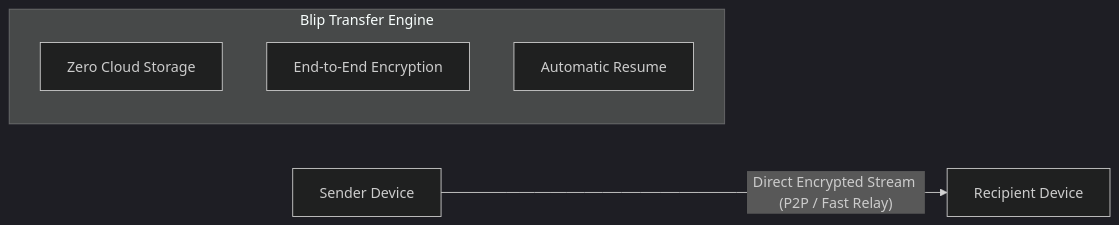
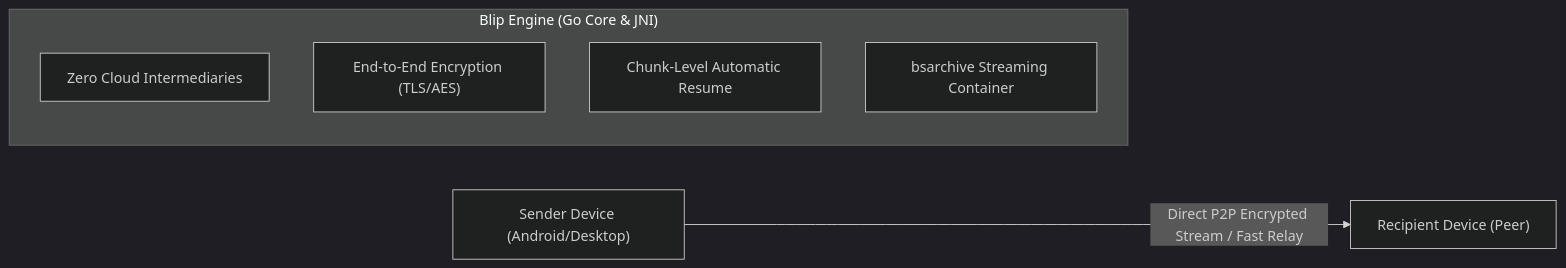
Before and after one commit to smartworldarafath/Blip: the diagram in README.md, drawn with Mermaid (dark theme). The commit also changed other lines of this file, not shown here.

Commit message:
docs: elaborate app features, functions, and architecture in README

````diff
--- a/README.md
+++ b/README.md
@@ -42,9 +30,10 @@
 ```mermaid
 flowchart LR
-    A[Sender Device] -- "Direct Encrypted Stream (P2P / Fast Relay)" --> B[Recipient Device]
-    subgraph "Blip Transfer Engine"
-        C[Zero Cloud Storage]
-        D[End-to-End Encryption]
-        E[Automatic Resume]
+    A["Sender Device (Android/Desktop)"] -- "Direct P2P Encrypted Stream / Fast Relay" --> B["Recipient Device (Peer)"]
+    subgraph "Blip Engine (Go Core & JNI)"
+        C["Zero Cloud Intermediaries"]
+        D["End-to-End Encryption (TLS/AES)"]
+        E["Chunk-Level Automatic Resume"]
+        F["bsarchive Streaming Container"]
     end
 ```
````
